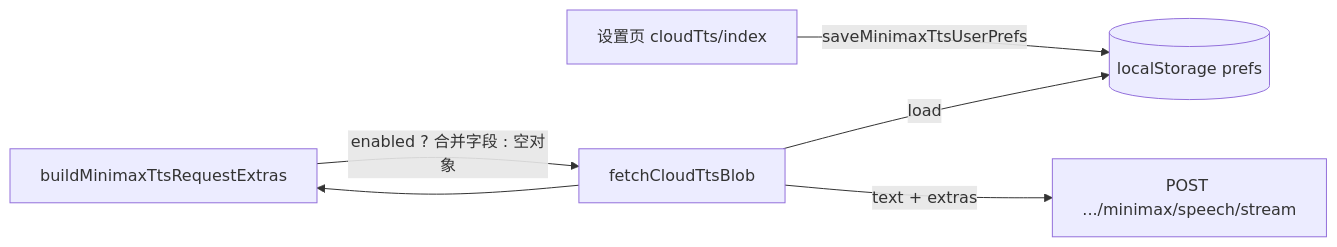
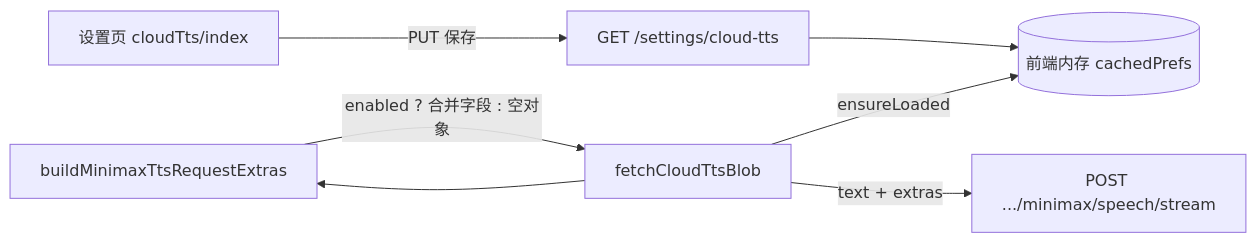
The diagram in docs/english/cloud-tts-settings.md (dnhyxc/dnhyxc-ai), drawn with Mermaid before and after one commit. The commit also changed other lines of this file and 48 other files, not shown here.

````diff
--- a/docs/english/cloud-tts-settings.md
+++ b/docs/english/cloud-tts-settings.md
@@ -52,13 +56,15 @@
 ```mermaid
 flowchart LR
   UI[设置页 cloudTts/index]
-  LS[(localStorage prefs)]
+  API_GET[GET /settings/cloud-tts]
+  MEM[(前端内存 cachedPrefs)]
   BUILD[buildMinimaxTtsRequestExtras]
   TTS[fetchCloudTtsBlob]
-  API[POST .../minimax/speech/stream]
-  UI -->|saveMinimaxTtsUserPrefs| LS
-  TTS -->|load| LS
+  API_TTS[POST .../minimax/speech/stream]
+  UI -->|PUT 保存| API_GET
+  API_GET --> MEM
+  TTS -->|ensureLoaded| MEM
   TTS --> BUILD
   BUILD -->|enabled ? 合并字段 : 空对象| TTS
-  TTS -->|text + extras| API
+  TTS -->|text + extras| API_TTS
 ```
````
